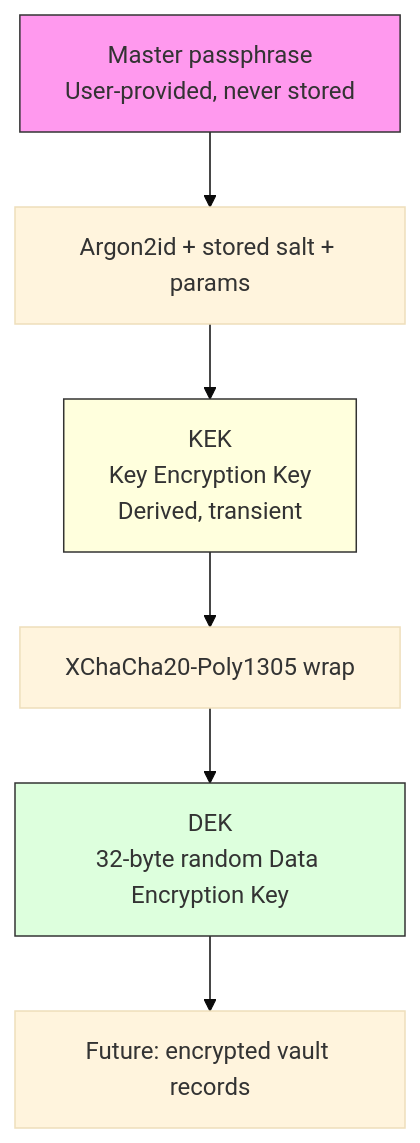
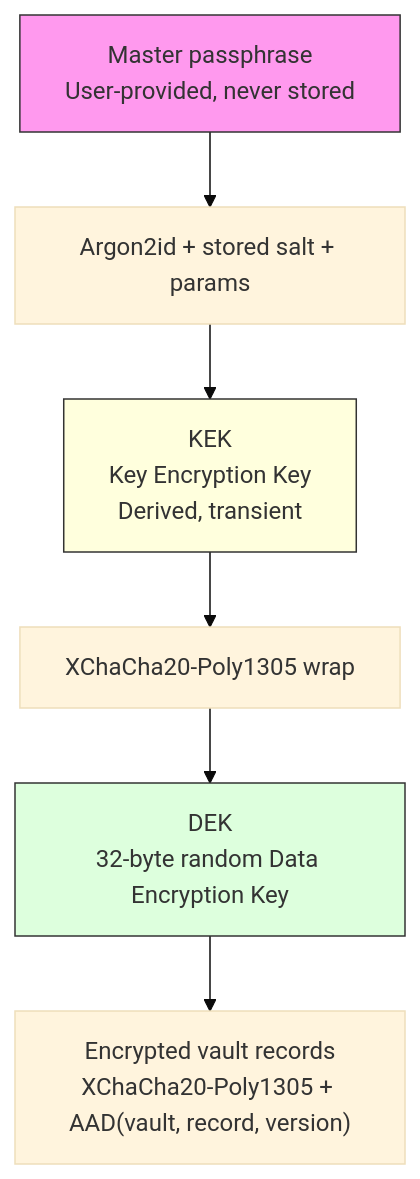
The diagram in packages/crypto/README.md (sinehypernova-0718/aegis), drawn with Mermaid (base theme) before and after one commit. The commit also changed other lines of this file and 58 other files, not shown here.

````diff
--- a/packages/crypto/README.md
+++ b/packages/crypto/README.md
@@ -20,12 +19,12 @@
 ```mermaid
 flowchart TD
     PP["Master passphrase<br/>User-provided, never stored"] --> KDF["Argon2id + stored salt + params"]
     KDF --> KEK["KEK<br/>Key Encryption Key<br/>Derived, transient"]
     KEK --> WRAP["XChaCha20-Poly1305 wrap"]
     WRAP --> DEK["DEK<br/>32-byte random Data Encryption Key"]
-    DEK --> REC["Future: encrypted vault records"]
+    DEK --> REC["Encrypted vault records<br/>XChaCha20-Poly1305 + AAD(vault, record, version)"]
 
     style PP fill:#f9e,stroke:#333
     style KEK fill:#ffd,stroke:#333
     style DEK fill:#dfd,stroke:#333
 ```
````
